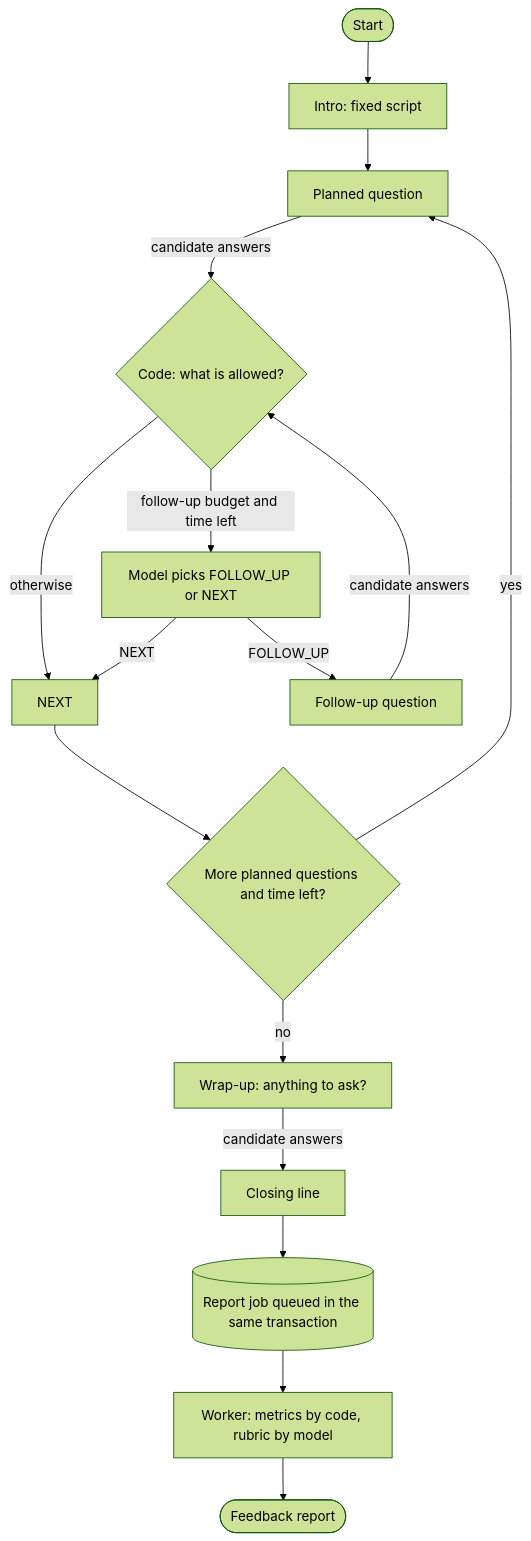
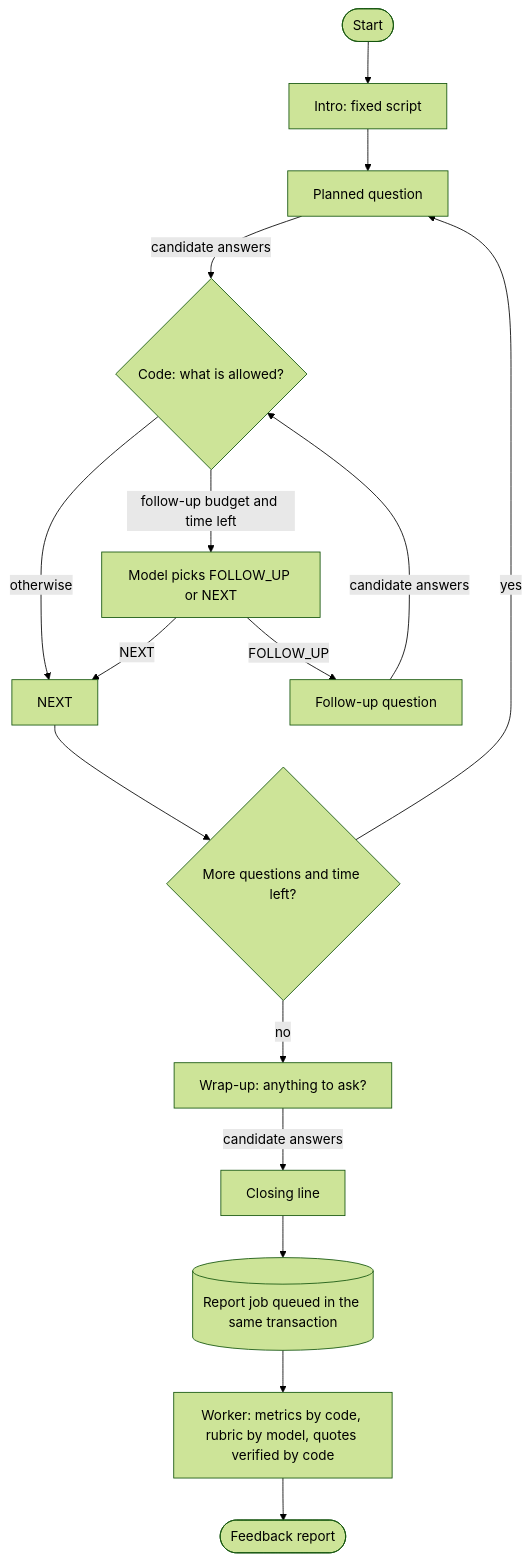
Before and after one commit to mukulkatewa/ai-interviewer: the second of 3 diagrams in README.md, drawn with Mermaid (forest theme). The commit also changed other lines of this file, not shown here.

````diff
--- a/README.md
+++ b/README.md
@@ -63,18 +79,18 @@
 ```mermaid
 flowchart TD
     S([Start]) --> I[Intro: fixed script]
     I --> Q[Planned question]
     Q -->|candidate answers| C{Code: what is allowed?}
     C -->|follow-up budget and time left| M[Model picks FOLLOW_UP or NEXT]
     C -->|otherwise| N[NEXT]
     M -->|FOLLOW_UP| F[Follow-up question]
     F -->|candidate answers| C
     M -->|NEXT| N
-    N --> R{More planned questions and time left?}
+    N --> R{More questions and time left?}
     R -->|yes| Q
     R -->|no| W[Wrap-up: anything to ask?]
     W -->|candidate answers| E[Closing line]
     E --> J[(Report job queued in the same transaction)]
-    J --> K[Worker: metrics by code, rubric by model]
+    J --> K[Worker: metrics by code, rubric by model, quotes verified by code]
     K --> P([Feedback report])
 ```
````
